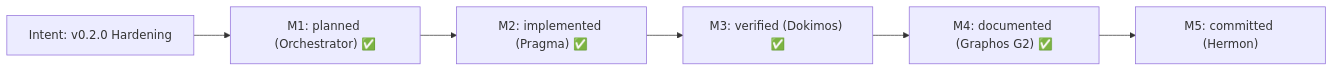
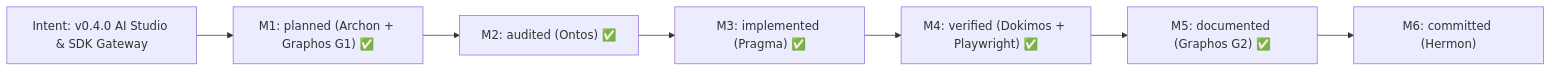
The diagram in docs/MILESTONES.md (ancrz/penpot-mcp-server), drawn with Mermaid before and after one commit. The commit also changed other lines of this file and 25 other files, not shown here.

Commit message:
feat(gateway): integrate SDK agent pipeline, bidirectional plugin futures, and Penpot AI Studio GUI (v0.4.0)

````diff
--- a/docs/MILESTONES.md
+++ b/docs/MILESTONES.md
@@ -5,8 +5,9 @@
 ```mermaid
 flowchart LR
-    I["Intent: v0.2.0 Hardening"] --> M1["M1: planned (Orchestrator) ✅"]
-    M1 --> M2["M2: implemented (Pragma) ✅"]
-    M2 --> M3["M3: verified (Dokimos) ✅"]
-    M3 --> M4["M4: documented (Graphos G2) ✅"]
-    M4 --> M5["M5: committed (Hermon)"]
+    I["Intent: v0.4.0 AI Studio & SDK Gateway"] --> M1["M1: planned (Archon + Graphos G1) ✅"]
+    M1 --> M2["M2: audited (Ontos) ✅"]
+    M2 --> M3["M3: implemented (Pragma) ✅"]
+    M3 --> M4["M4: verified (Dokimos + Playwright) ✅"]
+    M4 --> M5["M5: documented (Graphos G2) ✅"]
+    M5 --> M6["M6: committed (Hermon)"]
 ```
````
